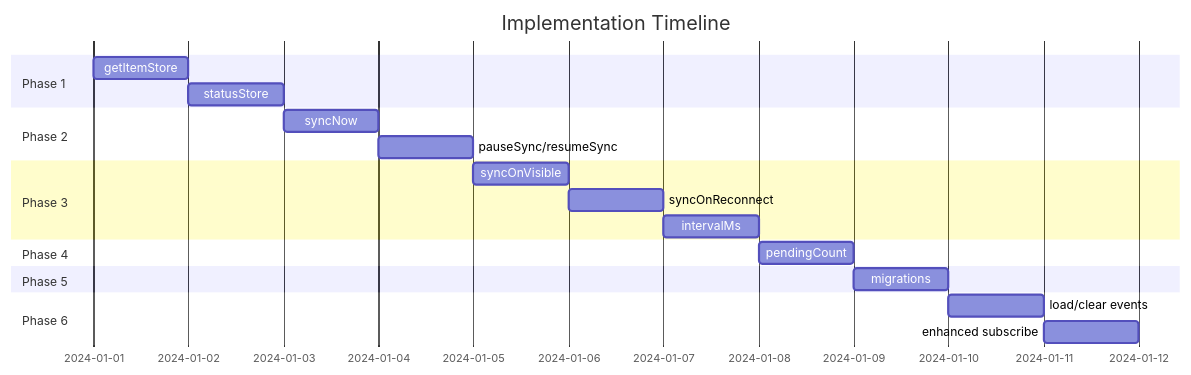
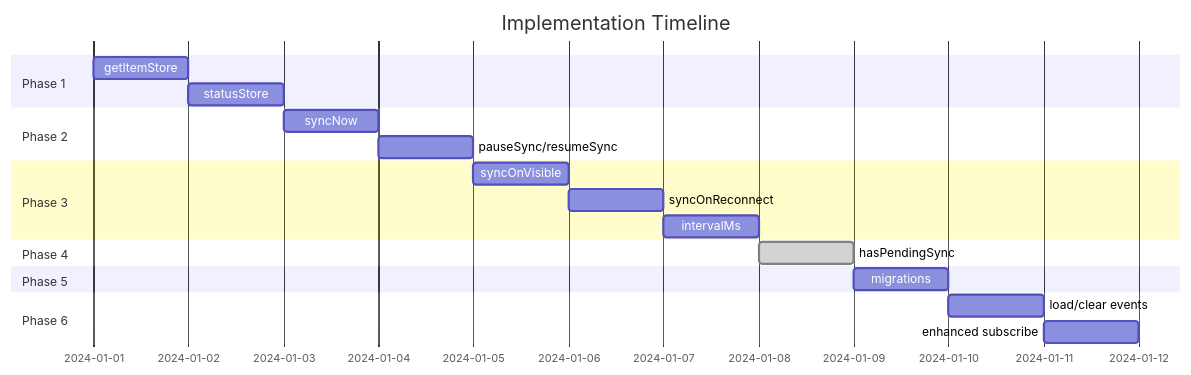
The diagram in plans/syncable-store-missing-features.md (wighawag/template-onchain-app), drawn with Mermaid before and after one commit.

````diff
--- a/plans/syncable-store-missing-features.md
+++ b/plans/syncable-store-missing-features.md
@@ -509,22 +509,22 @@
 ```mermaid
 gantt
     title Implementation Timeline
     dateFormat  YYYY-MM-DD
     section Phase 1
     getItemStore           :p1a, 2024-01-01, 1d
     statusStore            :p1b, after p1a, 1d
     section Phase 2
     syncNow                :p2a, after p1b, 0.5d
     pauseSync/resumeSync   :p2b, after p2a, 0.5d
     section Phase 3
     syncOnVisible          :p3a, after p2b, 0.5d
     syncOnReconnect        :p3b, after p3a, 0.5d
     intervalMs             :p3c, after p3b, 0.5d
     section Phase 4
-    pendingCount           :p4, after p3c, 1d
+    hasPendingSync         :done, p4, after p3c, 1d
     section Phase 5
     migrations             :p5, after p4, 1d
     section Phase 6
     load/clear events      :p6a, after p5, 0.5d
     enhanced subscribe     :p6b, after p6a, 0.5d
 ```
````
